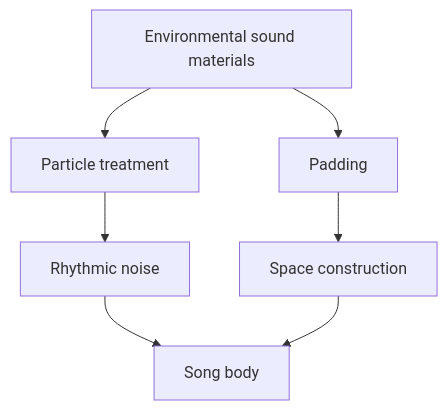
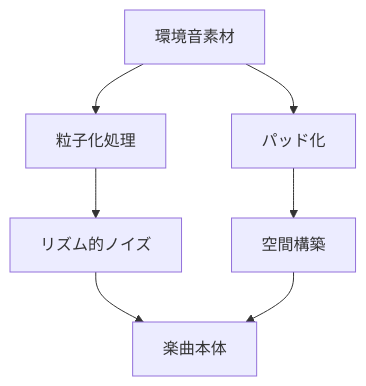
The second of 2 diagrams in en/_posts/2025-12-12-column-post-dubstep-experimental-bass.md (monumental-movement/monumental-movement.github.io), drawn with Mermaid before and after one commit. The commit also changed other lines of this file and 2196 other files, not shown here.

```diff
--- a/en/_posts/2025-12-12-column-post-dubstep-experimental-bass.md
+++ b/en/_posts/2025-12-12-column-post-dubstep-experimental-bass.md
@@ -193,9 +193,9 @@
 <div class="mermaid">
 flowchart TD
-    A["Environmental sound materials"] --> B["Particle treatment"]
-    B["Particle treatment"] --> C["Rhythmic noise"]
-    A["Environmental sound materials"] --> D["Padding"]
-    D["Padding"] --> E["Space construction"]
-    C["Rhythmic noise"] --> F["Song body"]
-    E["Space construction"] --> F["Song body"]
+    A["環境音素材"] --> B["粒子化処理"]
+    B["粒子化処理"] --> C["リズム的ノイズ"]
+    A["環境音素材"] --> D["パッド化"]
+    D["パッド化"] --> E["空間構築"]
+    C["リズム的ノイズ"] --> F["Song body"]
+    E["空間構築"] --> F["楽曲本体"]
 </div>
```
